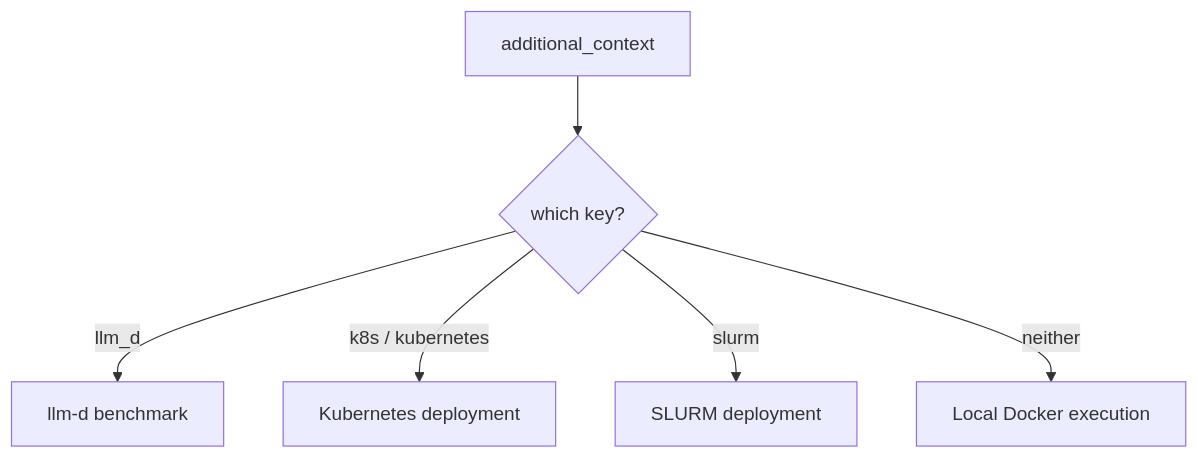
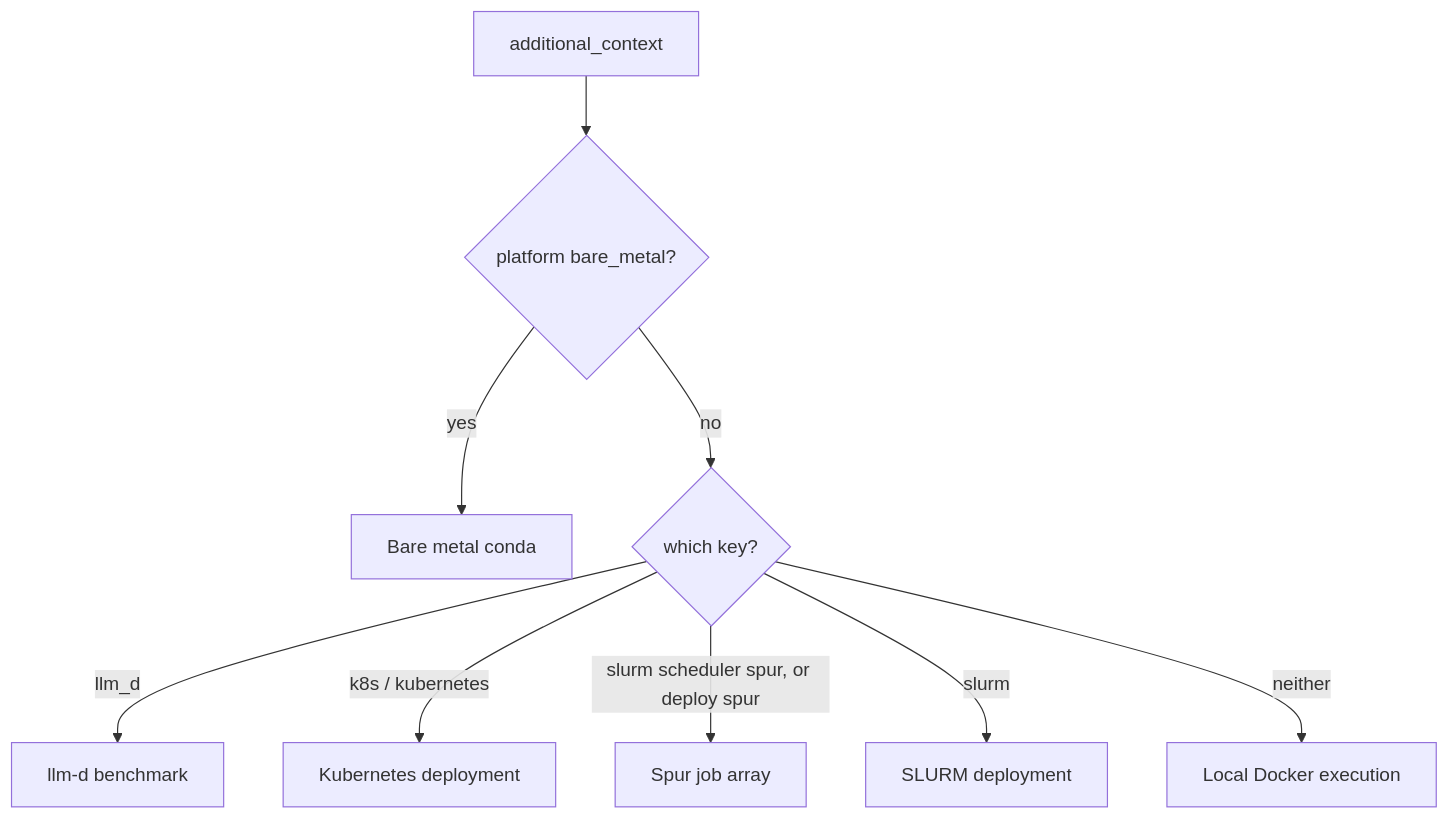
Before and after one commit to ROCm/madengine: the second of 2 diagrams in docs/deployment.md, drawn with Mermaid. The commit also changed other lines of this file and 9 other files, not shown here.

First line of the commit message:
docs: cover bare metal, Spur, and the current deployment targets

````diff
--- a/docs/deployment.md
+++ b/docs/deployment.md
@@ -34,8 +39,11 @@
 ```mermaid
 flowchart TD
-    A[additional_context] --> Q{which key?}
+    A[additional_context] --> P{platform bare_metal?}
+    P -->|yes| B[Bare metal conda]
+    P -->|no| Q{which key?}
     Q -->|llm_d| I[llm-d benchmark]
     Q -->|k8s / kubernetes| K[Kubernetes deployment]
+    Q -->|slurm scheduler spur, or deploy spur| U[Spur job array]
     Q -->|slurm| S[SLURM deployment]
     Q -->|neither| L[Local Docker execution]
 ```
````
